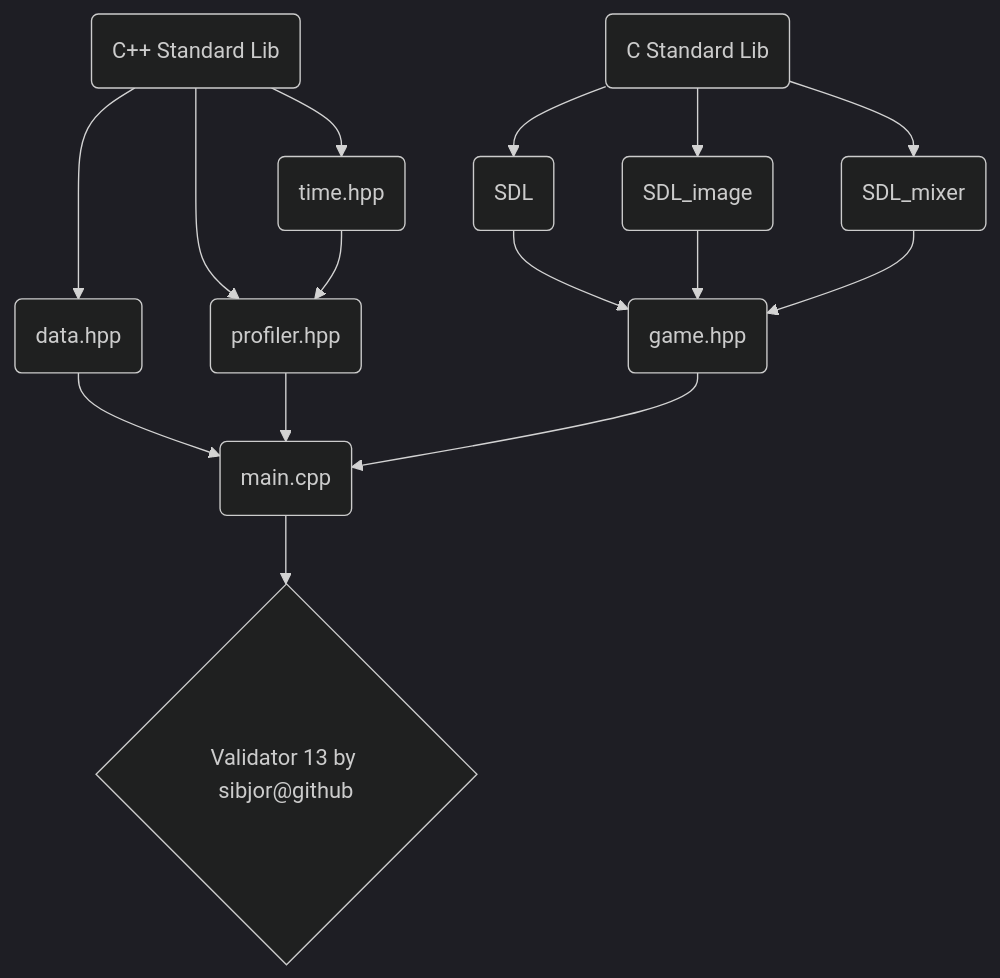
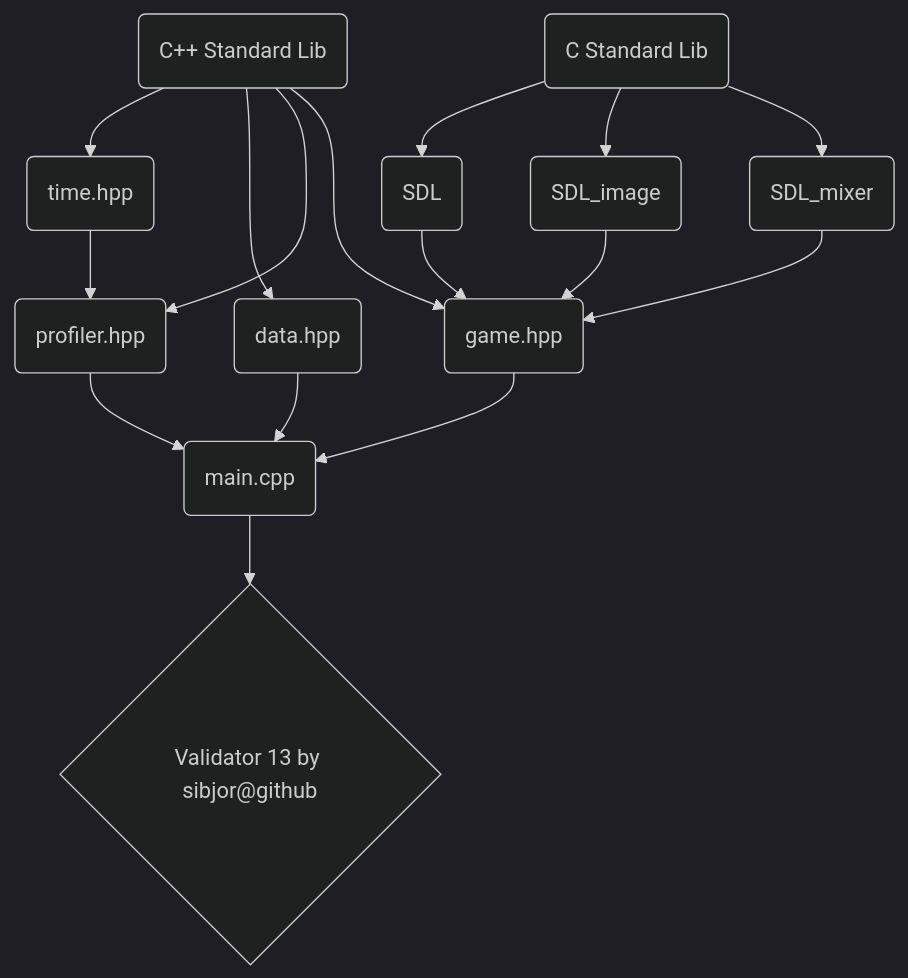
One commit to sibjor/ParkourRunner changed the diagram in README.md. Above: the diagram before and after it, drawn with Mermaid (dark theme). The commit also changed 2 other files, not shown here.

Commit message:
README tidy up

````diff
--- a/README.md
+++ b/README.md
@@ -11,35 +11,36 @@
 ```mermaid
 flowchart TD
     A(C Standard Lib)
     B(C++ Standard Lib)
     C(SDL)
     D(SDL_image)
     E(SDL_mixer)
     F(profiler.hpp) 
     G(time.hpp) 
     H(data.hpp)
     I(main.cpp)
     J{Validator 13 by sibjor@github}
     K(game.hpp)
 
     A --> C
     A --> D
     A --> E
 
     C --> K
     D --> K
     E --> K
 
     B --> G
     B --> H
     B --> F
+    B --> K
 
     G --> F
 
     H --> I
     F --> I
     K --> I
 
     I --> J
 
 ```
````
